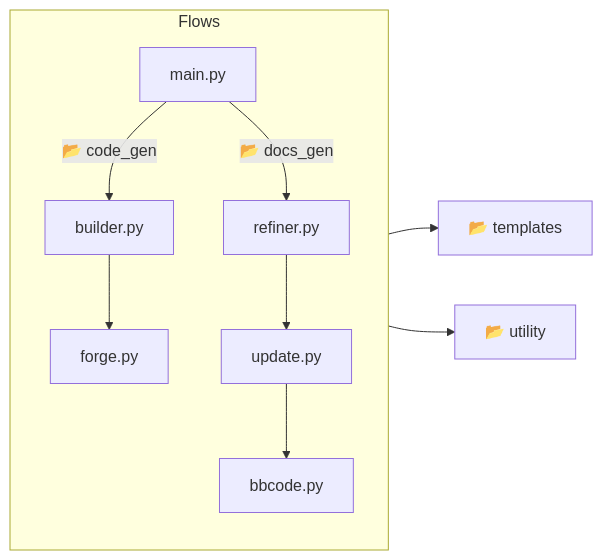
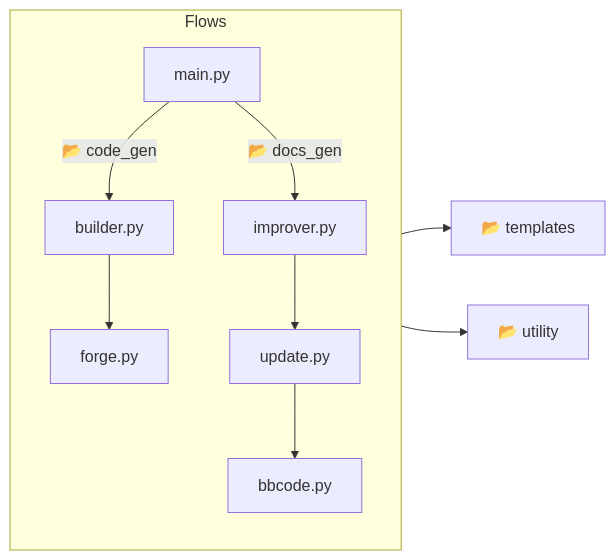
One commit to thiagola92/discord-social-sdk-docs changed the third of 3 diagrams in docs/development/coding.md. Above: the diagram before and after it, drawn with Mermaid. The commit also changed other lines of this file and 2 other files, not shown here.

````diff
--- a/docs/development/coding.md
+++ b/docs/development/coding.md
@@ -45,24 +59,24 @@
 ```mermaid
 graph LR
     subgraph flows[Flows]
         direction TD
         main[main.py]
         builder[builder.py]
         forge[forge.py]
-        refiner[refiner.py]
+        improver[improver.py]
         update[update.py]
         bbcode[bbcode.py]
 
         main --📂 code_gen--> builder
-        main --📂 docs_gen--> refiner
+        main --📂 docs_gen--> improver
         builder --> forge
-        refiner --> update
+        improver --> update
         update --> bbcode
     end
 
     templates[📂 templates]
     utility[📂 utility]
 
     flows --> templates
     flows --> utility
 ```
````
